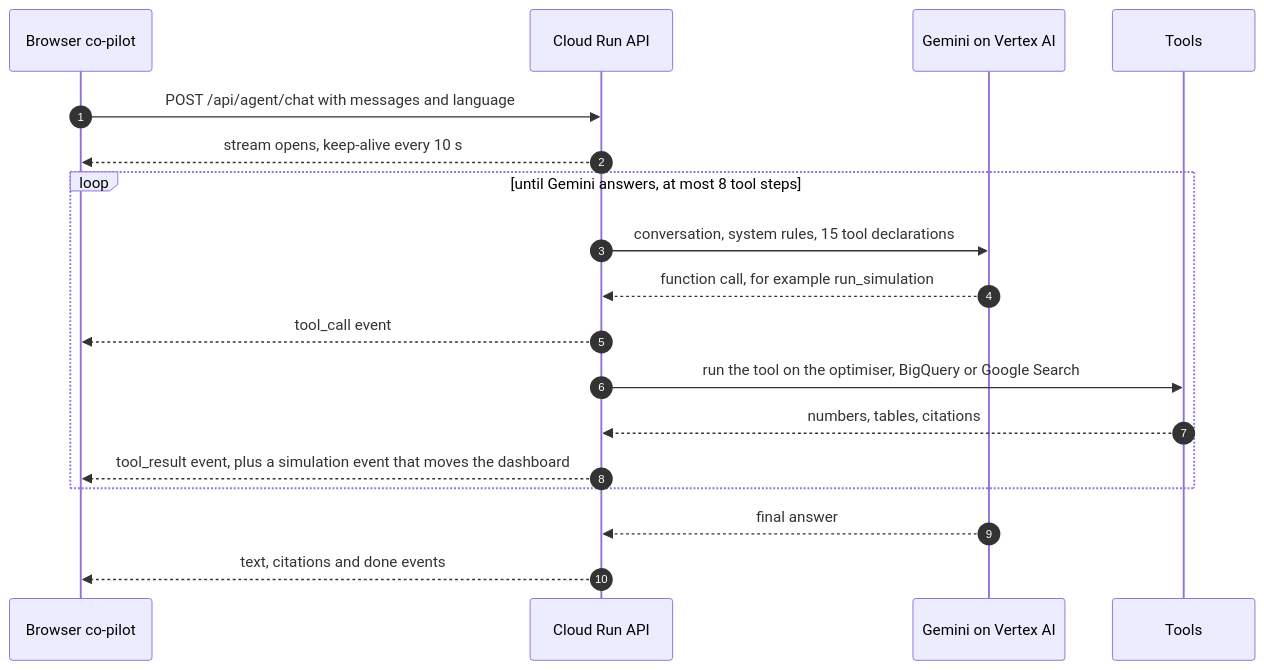
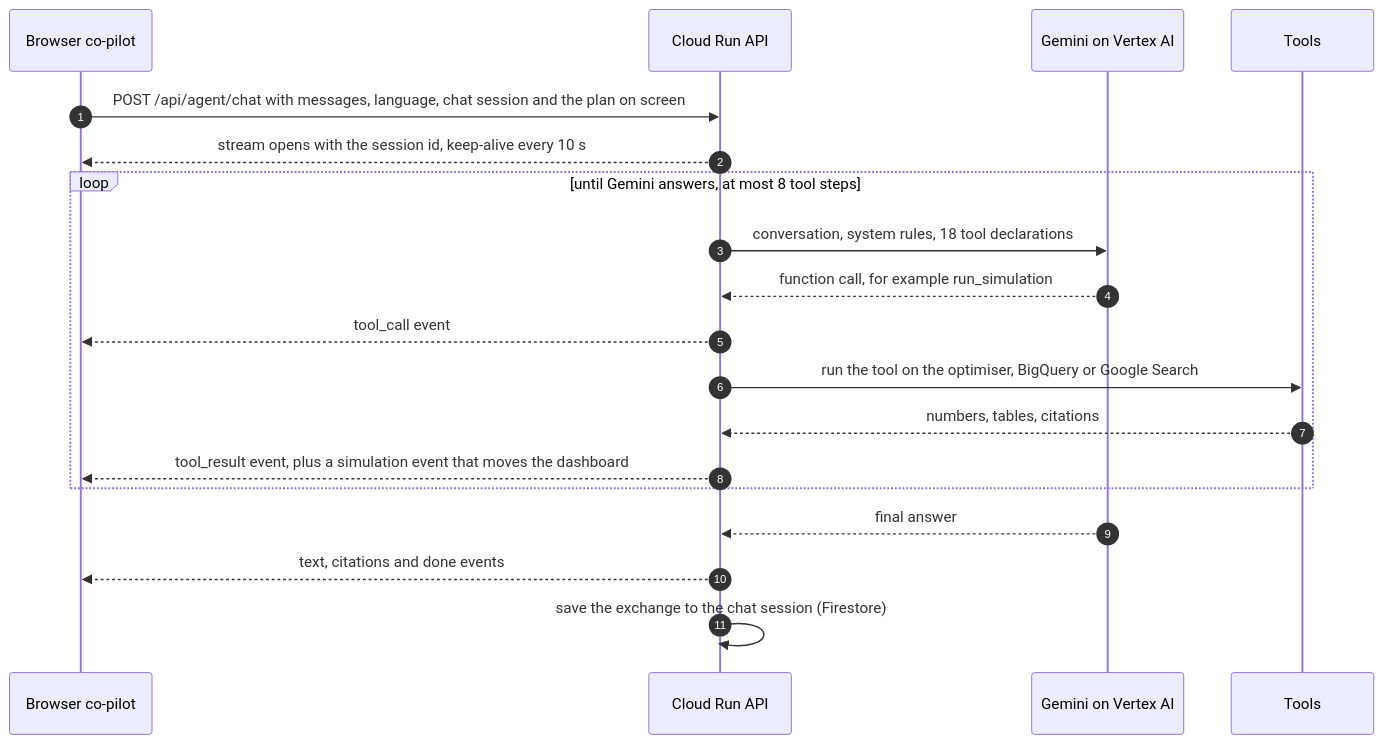
Before and after one commit to GV-droid/Agri-Sus: the fourth of 6 diagrams in docs/HOW_IT_WORKS.md, drawn with Mermaid. The commit also changed other lines of this file and 41 other files, not shown here.

````diff
--- a/docs/HOW_IT_WORKS.md
+++ b/docs/HOW_IT_WORKS.md
@@ -224,20 +249,21 @@
 ```mermaid
 sequenceDiagram
   autonumber
   participant B as Browser co-pilot
   participant A as Cloud Run API
   participant G as Gemini on Vertex AI
   participant T as Tools
-  B->>A: POST /api/agent/chat with messages and language
-  A-->>B: stream opens, keep-alive every 10 s
+  B->>A: POST /api/agent/chat with messages, language, chat session and the plan on screen
+  A-->>B: stream opens with the session id, keep-alive every 10 s
   loop until Gemini answers, at most 8 tool steps
-    A->>G: conversation, system rules, 15 tool declarations
+    A->>G: conversation, system rules, 18 tool declarations
     G-->>A: function call, for example run_simulation
     A-->>B: tool_call event
     A->>T: run the tool on the optimiser, BigQuery or Google Search
     T-->>A: numbers, tables, citations
     A-->>B: tool_result event, plus a simulation event that moves the dashboard
   end
   G-->>A: final answer
   A-->>B: text, citations and done events
+  A->>A: save the exchange to the chat session (Firestore)
 ```
````
